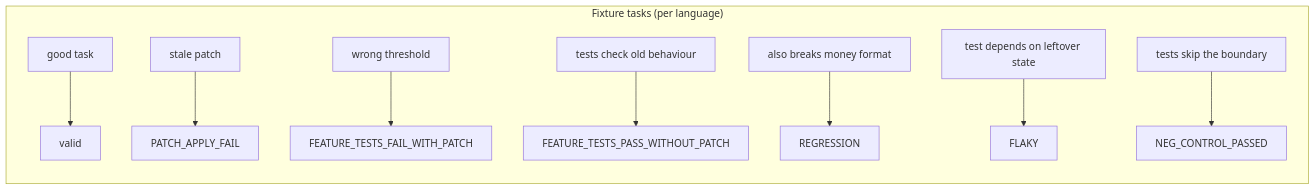
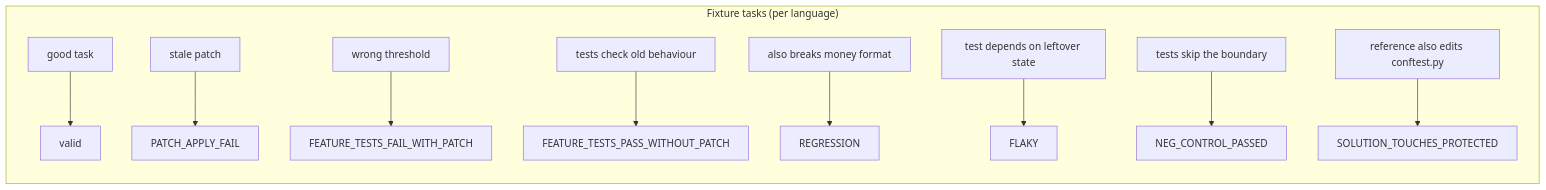
Before and after one commit to sreenivasivbieb/task-factory: diagram 14 of 14 in docs/design.md, drawn with Mermaid. The commit also changed other lines of this file and 27 other files, not shown here.

````diff
--- a/docs/design.md
+++ b/docs/design.md
@@ -922,12 +989,13 @@
 ```mermaid
 flowchart LR
     subgraph fixtures["Fixture tasks (per language)"]
         G[good task] --> V[valid]
         B1[stale patch] --> R1[PATCH_APPLY_FAIL]
         B2[wrong threshold] --> R2[FEATURE_TESTS_FAIL_WITH_PATCH]
         B3[tests check old behaviour] --> R3[FEATURE_TESTS_PASS_WITHOUT_PATCH]
         B4[also breaks money format] --> R4[REGRESSION]
         B5[test depends on leftover state] --> R5[FLAKY]
         B6[tests skip the boundary] --> R6[NEG_CONTROL_PASSED]
+        B7[reference also edits conftest.py] --> R7[SOLUTION_TOUCHES_PROTECTED]
     end
 ```
````
